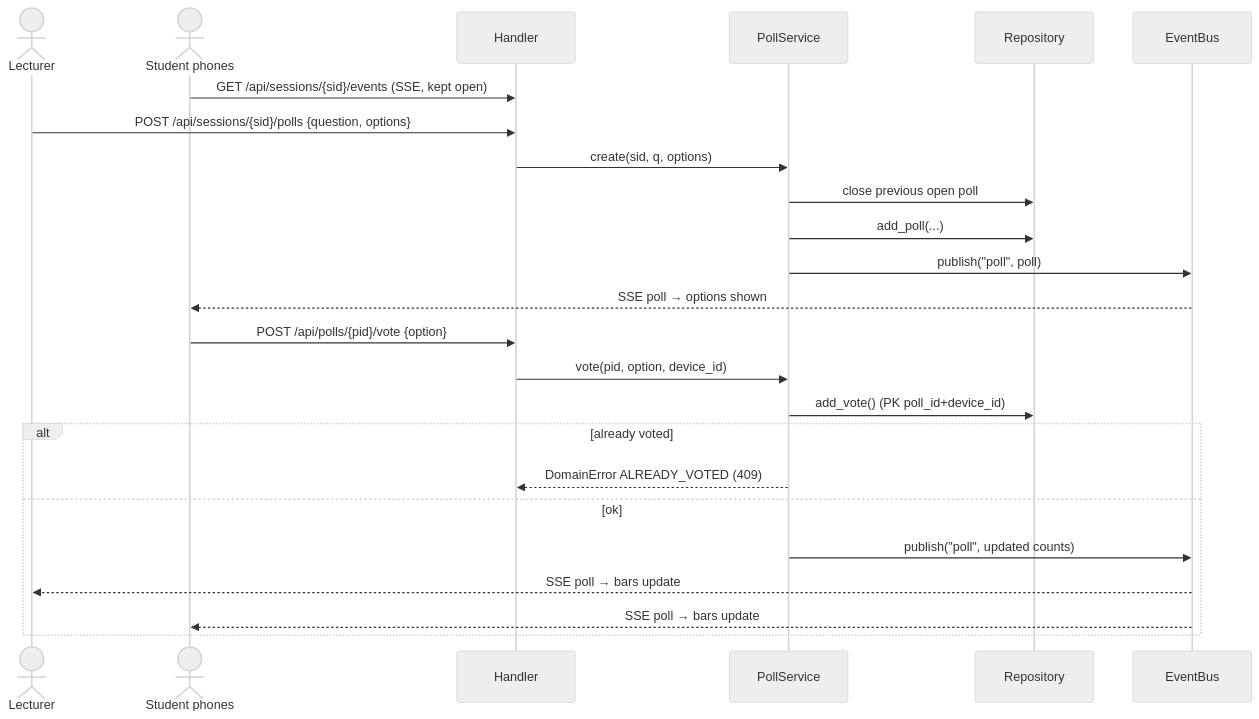
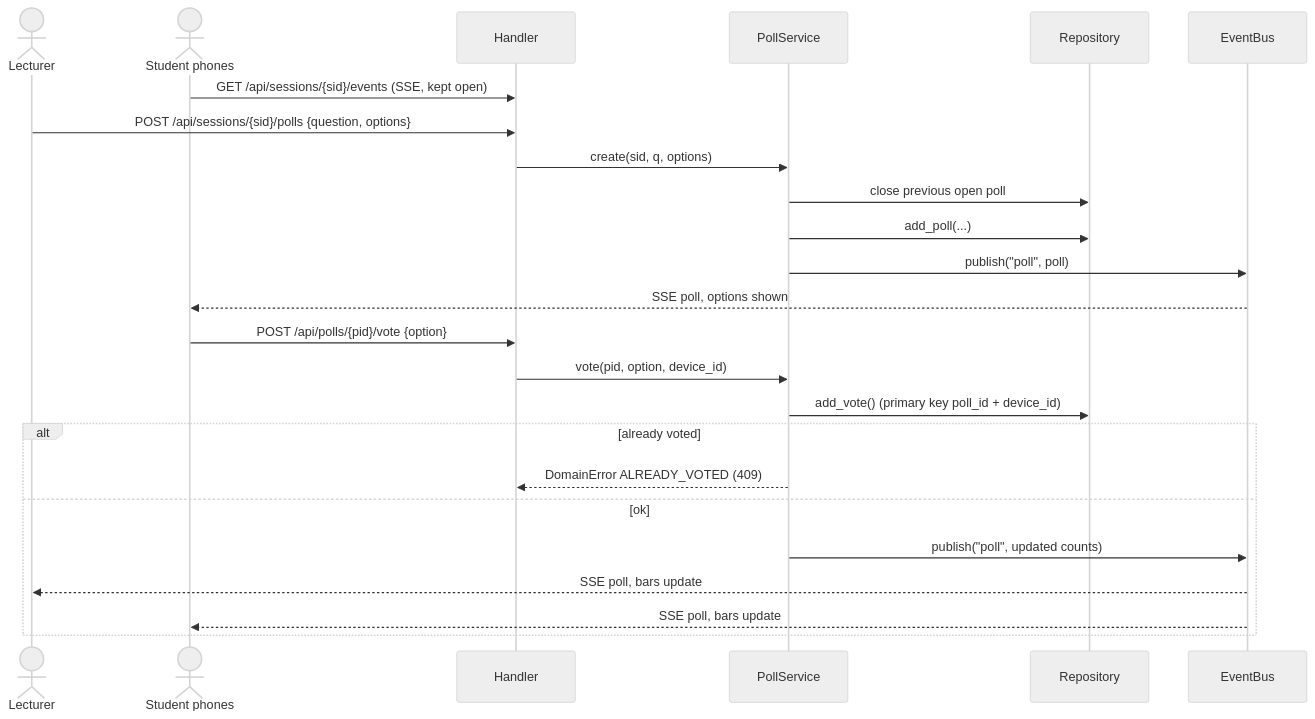
One commit to roneliyahu2001/oop-ex2-classpulse changed the third of 6 diagrams in docs/07-sequence-diagrams.md. Above: the diagram before and after it, drawn with Mermaid (neutral theme). The commit also changed other lines of this file and 47 other files, not shown here.

````diff
--- a/docs/07-sequence-diagrams.md
+++ b/docs/07-sequence-diagrams.md
@@ -46,27 +80,27 @@
 ```mermaid
 sequenceDiagram
   actor Lc as Lecturer
   actor St as Student phones
   participant H as Handler
   participant P as PollService
   participant R as Repository
   participant B as EventBus
 
   St->>H: GET /api/sessions/{sid}/events (SSE, kept open)
   Lc->>H: POST /api/sessions/{sid}/polls {question, options}
   H->>P: create(sid, q, options)
   P->>R: close previous open poll
   P->>R: add_poll(...)
   P->>B: publish("poll", poll)
-  B-->>St: SSE poll → options shown
+  B-->>St: SSE poll, options shown
   St->>H: POST /api/polls/{pid}/vote {option}
   H->>P: vote(pid, option, device_id)
-  P->>R: add_vote() (PK poll_id+device_id)
+  P->>R: add_vote() (primary key poll_id + device_id)
   alt already voted
     P-->>H: DomainError ALREADY_VOTED (409)
   else ok
     P->>B: publish("poll", updated counts)
-    B-->>Lc: SSE poll → bars update
-    B-->>St: SSE poll → bars update
+    B-->>Lc: SSE poll, bars update
+    B-->>St: SSE poll, bars update
   end
 ```
````
